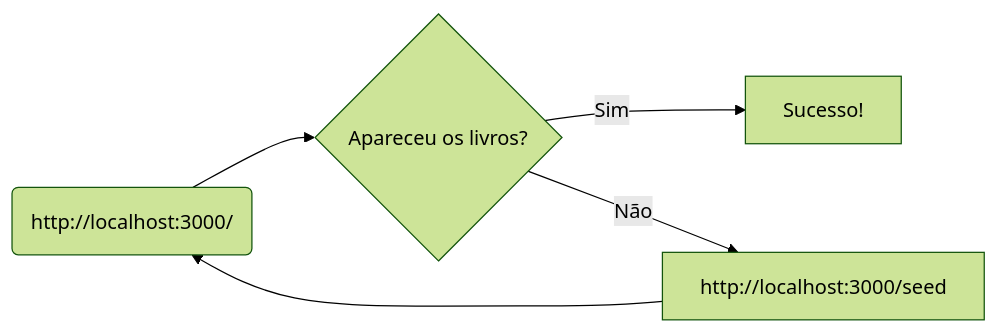
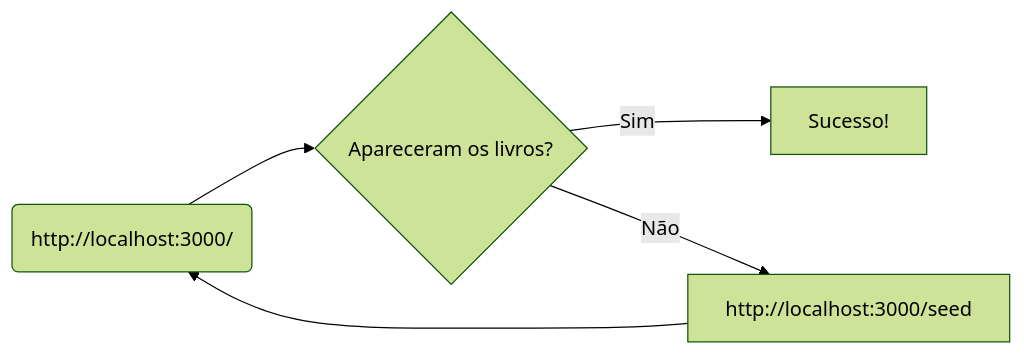
One commit to davidneves11/estudos-docker changed the diagram in Docker compose/README.md. Above: the diagram before and after it, drawn with Mermaid (forest theme).

````diff
--- a/Docker compose/README.md
+++ b/Docker compose/README.md
@@ -22,9 +22,9 @@
 ```mermaid
  flowchart LR 
 
     
-    B(http://localhost:3000/) --> C{Apareceu os livros?}
+    B(http://localhost:3000/) --> C{Apareceram os livros?}
     C -->|Sim| D[Sucesso!]
     C -->|Não| E[http://localhost:3000/seed]
     E --> B
 ```
````
